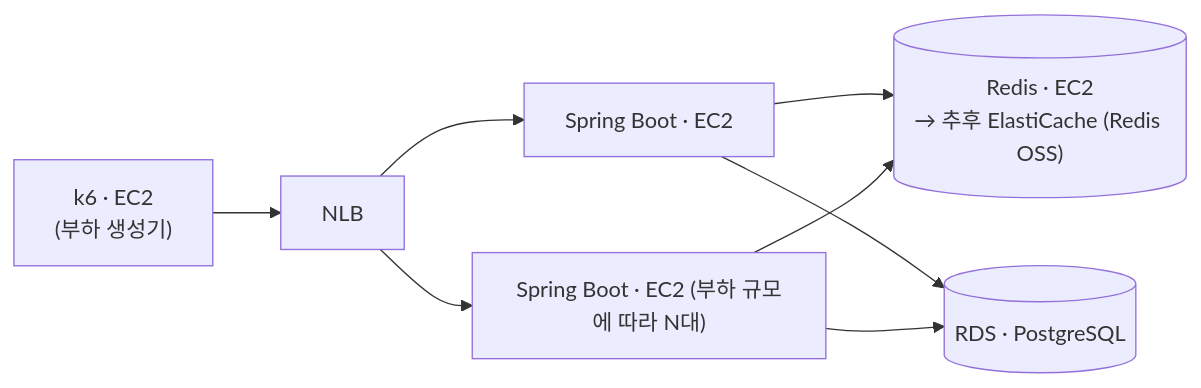
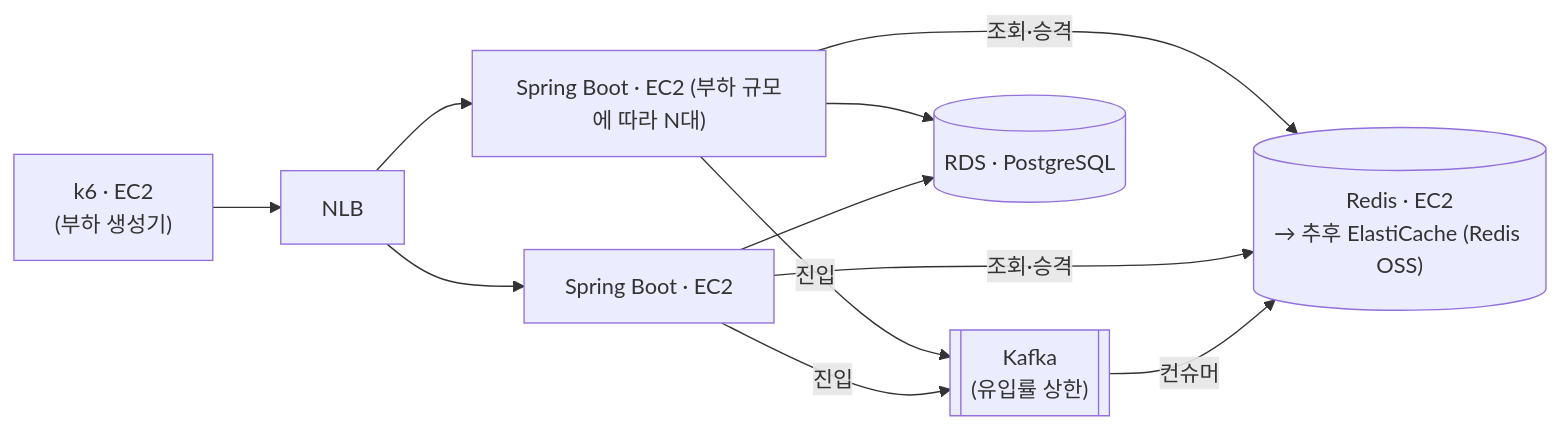
The diagram in README.md (urban6/holiday-train-ticketing-system), drawn with Mermaid before and after one commit. The commit also changed other lines of this file and 3 other files, not shown here.

````diff
--- a/README.md
+++ b/README.md
@@ -99,10 +176,13 @@
 ```mermaid
 flowchart LR
     k6["k6 · EC2<br/>(부하 생성기)"] --> nlb[NLB]
     nlb --> was1["Spring Boot · EC2"]
     nlb --> was2["Spring Boot · EC2 (부하 규모에 따라 N대)"]
-    was1 --> redis[("Redis · EC2<br/>→ 추후 ElastiCache (Redis OSS)")]
-    was2 --> redis
+    was1 -->|"진입"| kafka[["Kafka<br/>(유입률 상한)"]]
+    was2 -->|"진입"| kafka
+    kafka -->|"컨슈머"| redis
+    was1 -->|"조회·승격"| redis[("Redis · EC2<br/>→ 추후 ElastiCache (Redis OSS)")]
+    was2 -->|"조회·승격"| redis
     was1 --> rds[("RDS · PostgreSQL")]
     was2 --> rds
 ```
````
